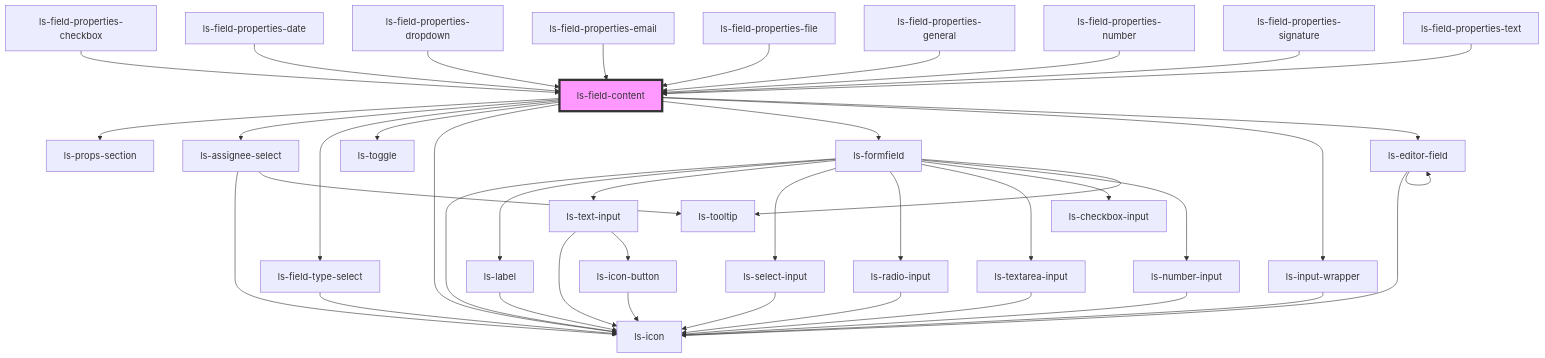
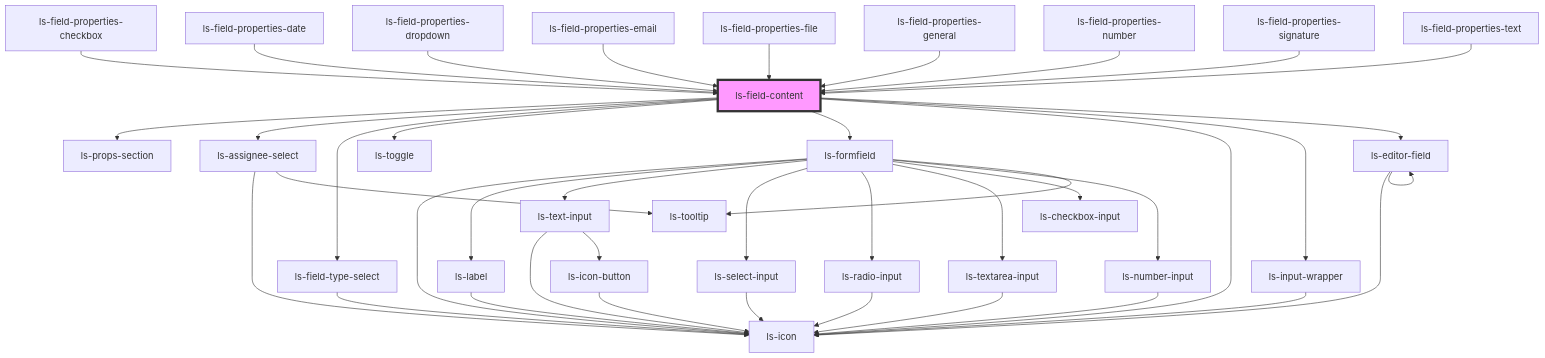
Before and after one commit to legalesign/ls-document-viewer: the diagram in src/components/ls-field-content/readme.md, drawn with Mermaid. The commit also changed other lines of this file and 17 other files, not shown here.

````diff
--- a/src/components/ls-field-content/readme.md
+++ b/src/components/ls-field-content/readme.md
@@ -52,44 +52,44 @@
 ```mermaid
 graph TD;
   ls-field-content --> ls-props-section
   ls-field-content --> ls-assignee-select
   ls-field-content --> ls-field-type-select
   ls-field-content --> ls-toggle
+  ls-field-content --> ls-formfield
   ls-field-content --> ls-icon
-  ls-field-content --> ls-formfield
   ls-field-content --> ls-input-wrapper
   ls-field-content --> ls-editor-field
   ls-assignee-select --> ls-icon
   ls-assignee-select --> ls-tooltip
   ls-field-type-select --> ls-icon
   ls-formfield --> ls-icon
   ls-formfield --> ls-label
   ls-formfield --> ls-text-input
   ls-formfield --> ls-select-input
   ls-formfield --> ls-radio-input
   ls-formfield --> ls-textarea-input
   ls-formfield --> ls-checkbox-input
   ls-formfield --> ls-number-input
   ls-formfield --> ls-tooltip
   ls-label --> ls-icon
   ls-text-input --> ls-icon
   ls-text-input --> ls-icon-button
   ls-icon-button --> ls-icon
   ls-select-input --> ls-icon
   ls-radio-input --> ls-icon
   ls-textarea-input --> ls-icon
   ls-number-input --> ls-icon
   ls-input-wrapper --> ls-icon
   ls-editor-field --> ls-icon
   ls-editor-field --> ls-editor-field
   ls-field-properties-checkbox --> ls-field-content
   ls-field-properties-date --> ls-field-content
   ls-field-properties-dropdown --> ls-field-content
   ls-field-properties-email --> ls-field-content
   ls-field-properties-file --> ls-field-content
   ls-field-properties-general --> ls-field-content
   ls-field-properties-number --> ls-field-content
   ls-field-properties-signature --> ls-field-content
   ls-field-properties-text --> ls-field-content
   style ls-field-content fill:#f9f,stroke:#333,stroke-width:4px
 ```
````
